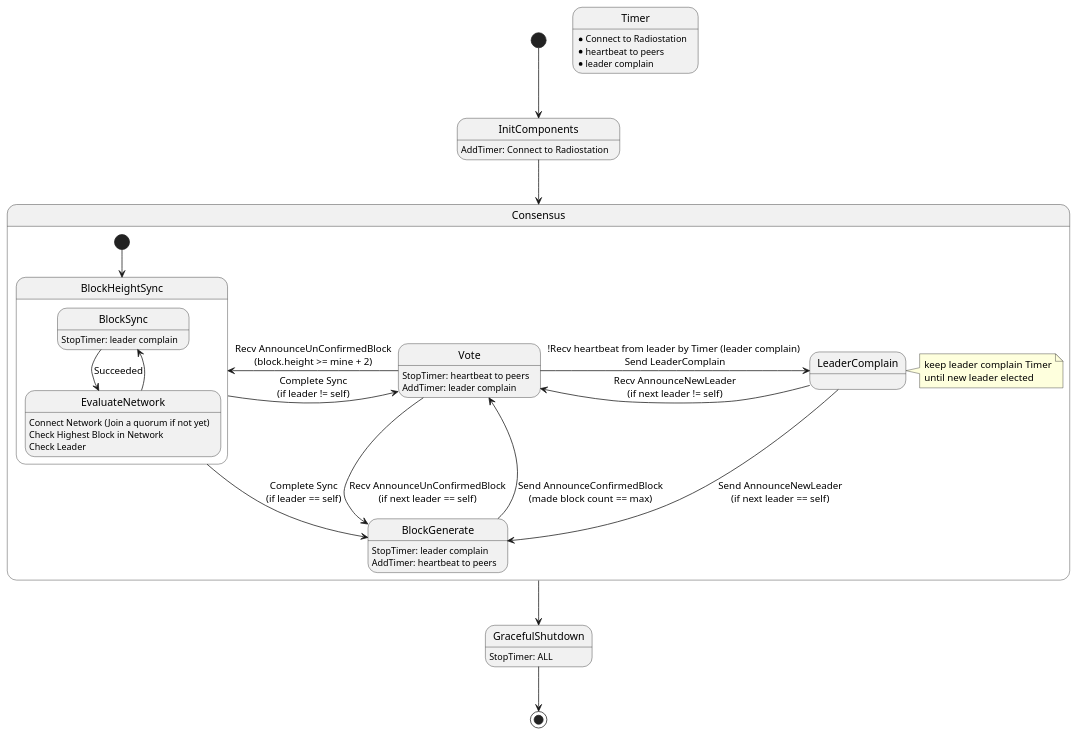
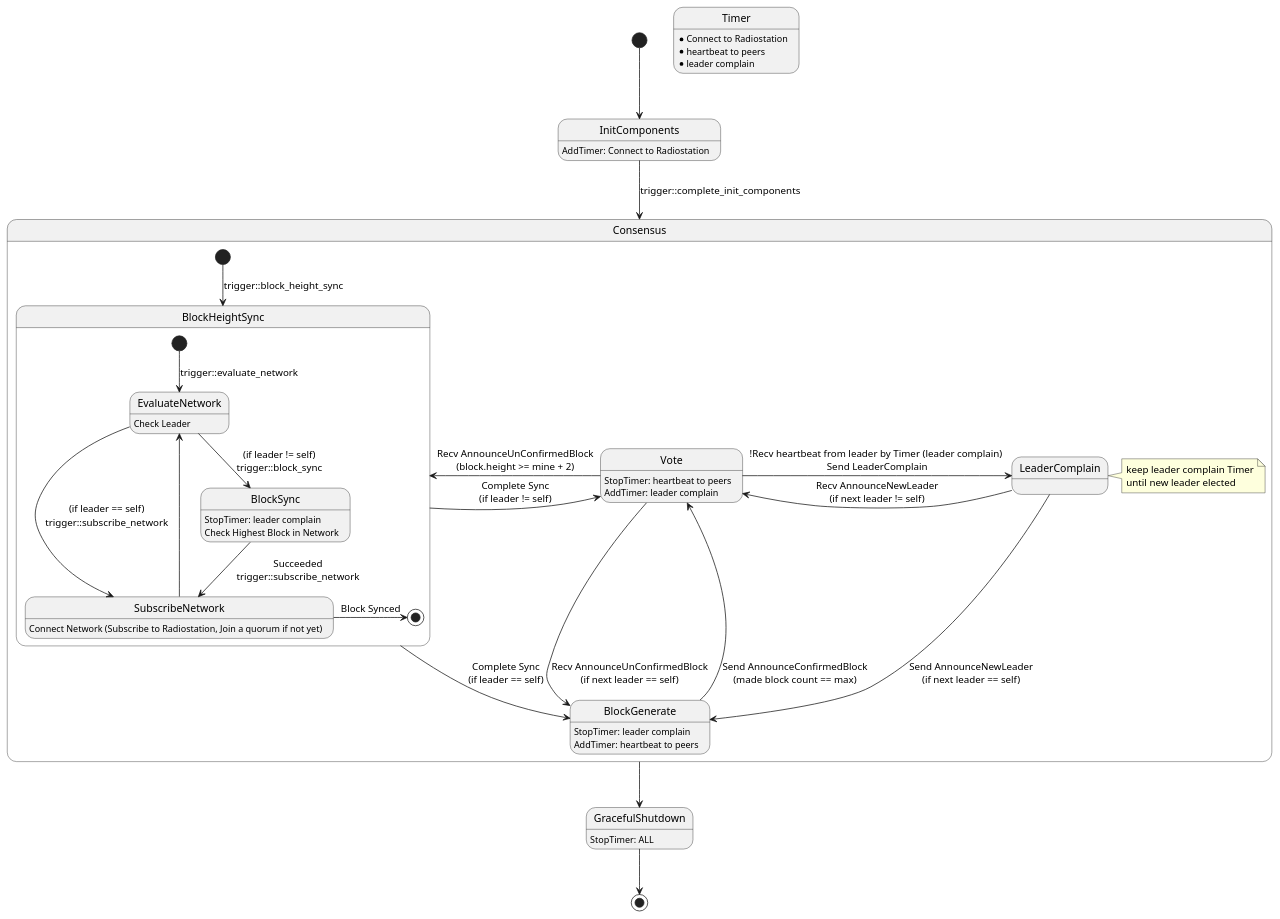
One commit to icon-project/loopchain changed the diagram in docs/8. diagram/state_machine_in_siever.wsd. Above: the diagram before and after it, drawn with PlantUML. The commit also changed 4 other files, not shown here.

Commit message:
Add SubscribeNetwork state to BlockHeightSync phase.

```diff
--- a/docs/8. diagram/state_machine_in_siever.wsd
+++ b/docs/8. diagram/state_machine_in_siever.wsd
@@ -1,52 +1,59 @@
 @startuml State Machine in Siever
 
 [*] --> InitComponents
 InitComponents: AddTimer: Connect to Radiostation
 
-InitComponents --> Consensus
+InitComponents --> Consensus : trigger::complete_init_components
 
 state Timer
 Timer: * Connect to Radiostation
 Timer: * heartbeat to peers
 Timer: * leader complain
 
 state Consensus {
-    [*] --> BlockHeightSync
+    [*] --> BlockHeightSync : trigger::block_height_sync
 
     state BlockHeightSync {
+        [*] --> EvaluateNetwork : trigger::evaluate_network
+
+        EvaluateNetwork: Check Leader
+        EvaluateNetwork --> BlockSync : (if leader != self)\ntrigger::block_sync
+        EvaluateNetwork --> SubscribeNetwork : (if leader == self)\ntrigger::subscribe_network
+
         BlockSync: StopTimer: leader complain
-        BlockSync --> EvaluateNetwork : Succeeded
+        BlockSync: Check Highest Block in Network
+        BlockSync --> SubscribeNetwork : Succeeded\ntrigger::subscribe_network
 
-        EvaluateNetwork: Connect Network (Join a quorum if not yet)
-        EvaluateNetwork: Check Highest Block in Network
-        EvaluateNetwork: Check Leader
-        EvaluateNetwork -up-> BlockSync
+        SubscribeNetwork: Connect Network (Subscribe to Radiostation, Join a quorum if not yet)
+        SubscribeNetwork -up-> EvaluateNetwork
+        SubscribeNetwork -right-> [*] : Block Synced
+
     }
     BlockHeightSync --> BlockGenerate: Complete Sync\n(if leader == self)
     BlockHeightSync -> Vote: Complete Sync\n(if leader != self)
 
     BlockGenerate: StopTimer: leader complain
     BlockGenerate: AddTimer: heartbeat to peers
     BlockGenerate -> Vote : Send AnnounceConfirmedBlock\n(made block count == max)
 
     Vote: StopTimer: heartbeat to peers
     Vote: AddTimer: leader complain
     Vote -left-> BlockHeightSync : Recv AnnounceUnConfirmedBlock\n(block.height >= mine + 2)
     Vote -> BlockGenerate : Recv AnnounceUnConfirmedBlock\n(if next leader == self)
     Vote -> LeaderComplain : !Recv heartbeat from leader by Timer (leader complain) \nSend LeaderComplain
 
     state LeaderComplain
     note right of LeaderComplain
       keep leader complain Timer
       until new leader elected
     end note
     LeaderComplain -> Vote : Recv AnnounceNewLeader\n(if next leader != self)
     LeaderComplain --> BlockGenerate : Send AnnounceNewLeader\n(if next leader == self)
 }
 
 Consensus --> GracefulShutdown
 
 GracefulShutdown: StopTimer: ALL
 GracefulShutdown --> [*]
 
 @enduml
```
